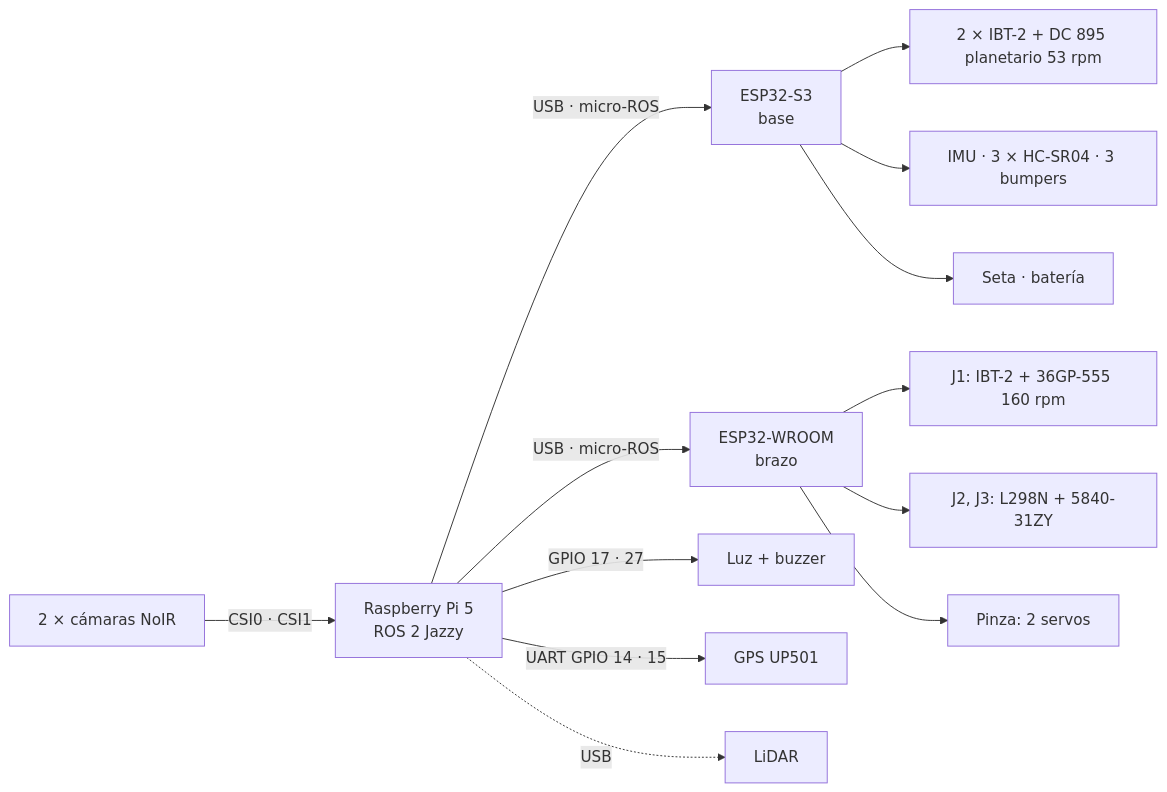
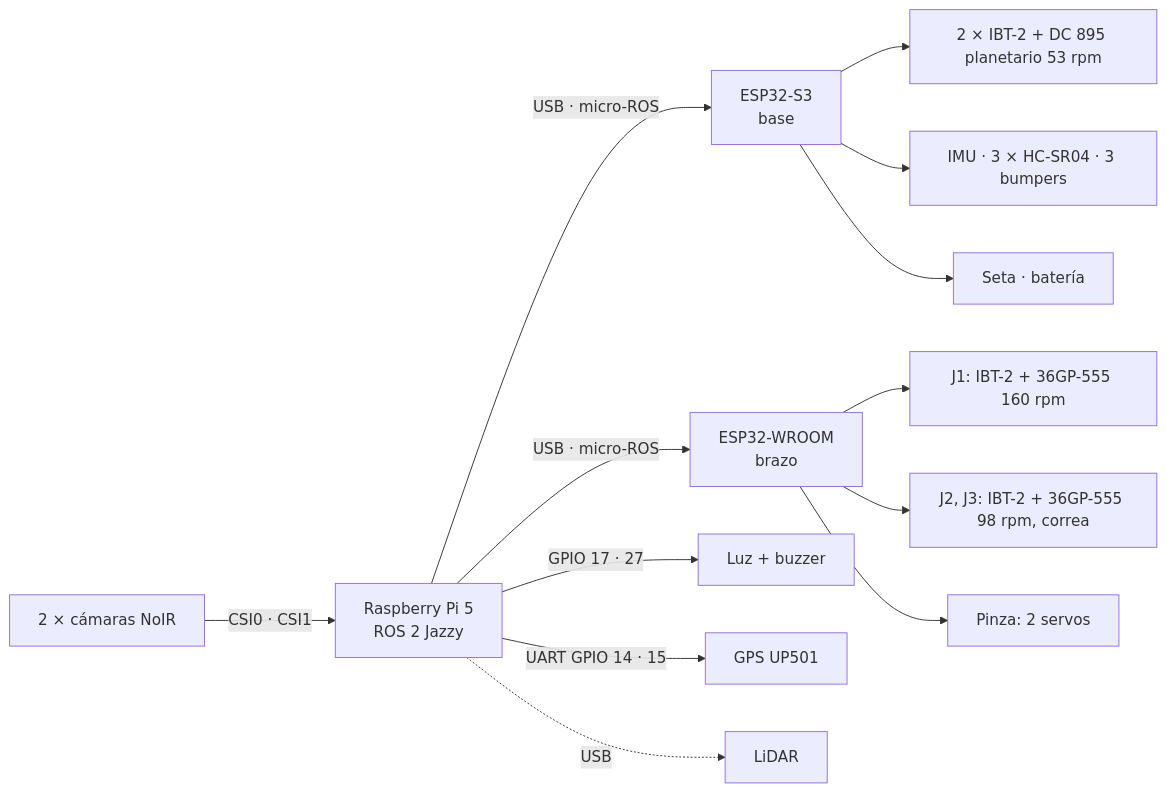
One commit to HecVelaz/recolector_de_frutas changed the diagram in docs/CONEXIONES.md. Above: the diagram before and after it, drawn with Mermaid. The commit also changed other lines of this file and 61 other files, not shown here.

````diff
--- a/docs/CONEXIONES.md
+++ b/docs/CONEXIONES.md
@@ -7,15 +9,15 @@
 ```mermaid
 flowchart LR
   CAM[2 × cámaras NoIR] -- CSI0 · CSI1 --> PI[Raspberry Pi 5<br/>ROS 2 Jazzy]
   PI -- USB · micro-ROS --> S3[ESP32-S3<br/>base]
   PI -- USB · micro-ROS --> WR[ESP32-WROOM<br/>brazo]
   PI -- GPIO 17 · 27 --> IND[Luz + buzzer]
   PI -- UART GPIO 14 · 15 --> GPS[GPS UP501]
   PI -. USB .-> LID[LiDAR]
   S3 --> TR[2 × IBT-2 + DC 895 planetario 53 rpm]
   S3 --> SEN[IMU · 3 × HC-SR04 · 3 bumpers]
   S3 --> SEG[Seta · batería]
   WR --> J1[J1: IBT-2 + 36GP-555 160 rpm]
-  WR --> J23[J2, J3: L298N + 5840-31ZY]
+  WR --> J23[J2, J3: IBT-2 + 36GP-555 98 rpm, correa]
   WR --> PZ[Pinza: 2 servos]
 ```
````
